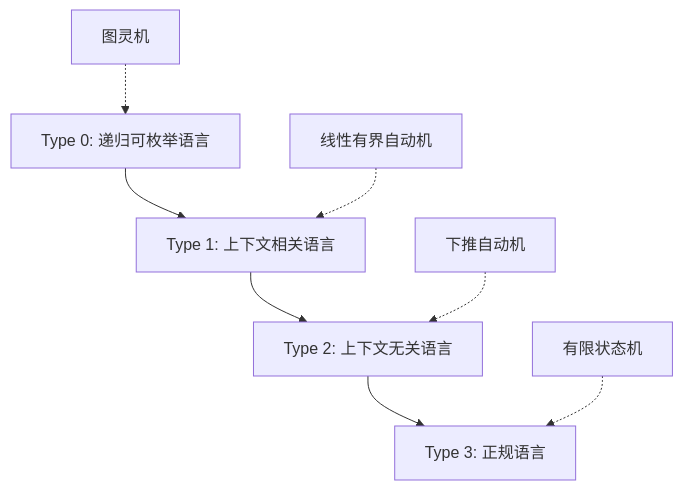
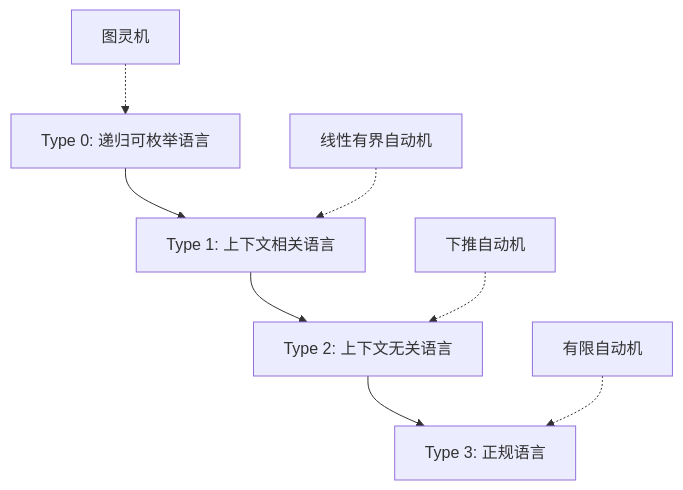
Before and after one commit to AdaMartin18010/Lean: the fifth of 7 diagrams in analysis/1-形式化理论/1.1-统一形式化理论综述.md, drawn with Mermaid. The commit also changed other lines of this file and 10 other files, not shown here.

````diff
--- a/analysis/1-形式化理论/1.1-统一形式化理论综述.md
+++ b/analysis/1-形式化理论/1.1-统一形式化理论综述.md
@@ -192,11 +192,11 @@
 ```mermaid
 graph TD
     A[Type 0: 递归可枚举语言] --> B[Type 1: 上下文相关语言]
     B --> C[Type 2: 上下文无关语言]
     C --> D[Type 3: 正规语言]
     
     A1[图灵机] -.-> A
     B1[线性有界自动机] -.-> B
     C1[下推自动机] -.-> C
-    D1[有限状态机] -.-> D
+    D1[有限自动机] -.-> D
 ```
````
